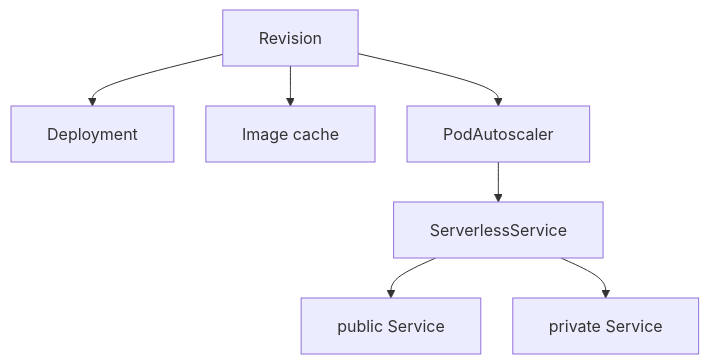
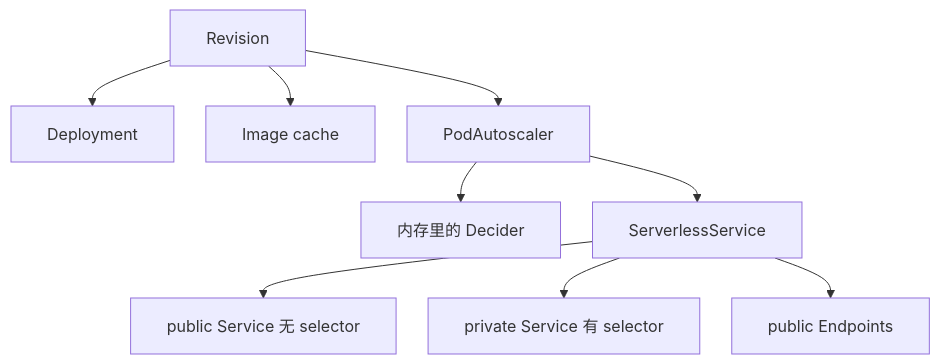
Before and after one commit to forrestIsRunning/knative-lab: the diagram in serving/revision-children.md, drawn with Mermaid. The commit also changed other lines of this file and 3 other files, not shown here.

````diff
--- a/serving/revision-children.md
+++ b/serving/revision-children.md
@@ -15,10 +13,12 @@
 ```mermaid
 %%{init: {"htmlLabels": false, "flowchart": {"curve": "basis", "nodeSpacing": 32, "rankSpacing": 40, "padding": 18, "wrappingWidth": 800}}}%%
 flowchart TD
   rev["Revision"] --> dep["Deployment"]
   rev --> img["Image cache"]
   rev --> pa["PodAutoscaler"]
+  pa --> dec["内存里的 Decider"]
   pa --> sks["ServerlessService"]
-  sks --> pub["public Service"]
-  sks --> pvt["private Service"]
+  sks --> pub["public Service 无 selector"]
+  sks --> pvt["private Service 有 selector"]
+  sks --> eps["public Endpoints"]
 ```
````
